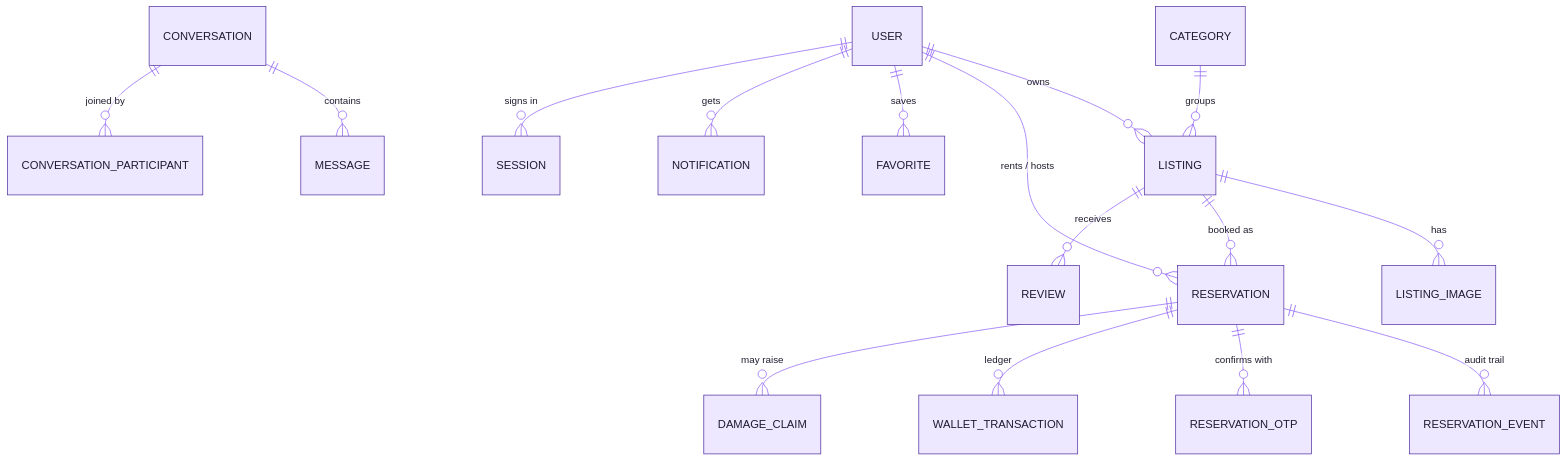
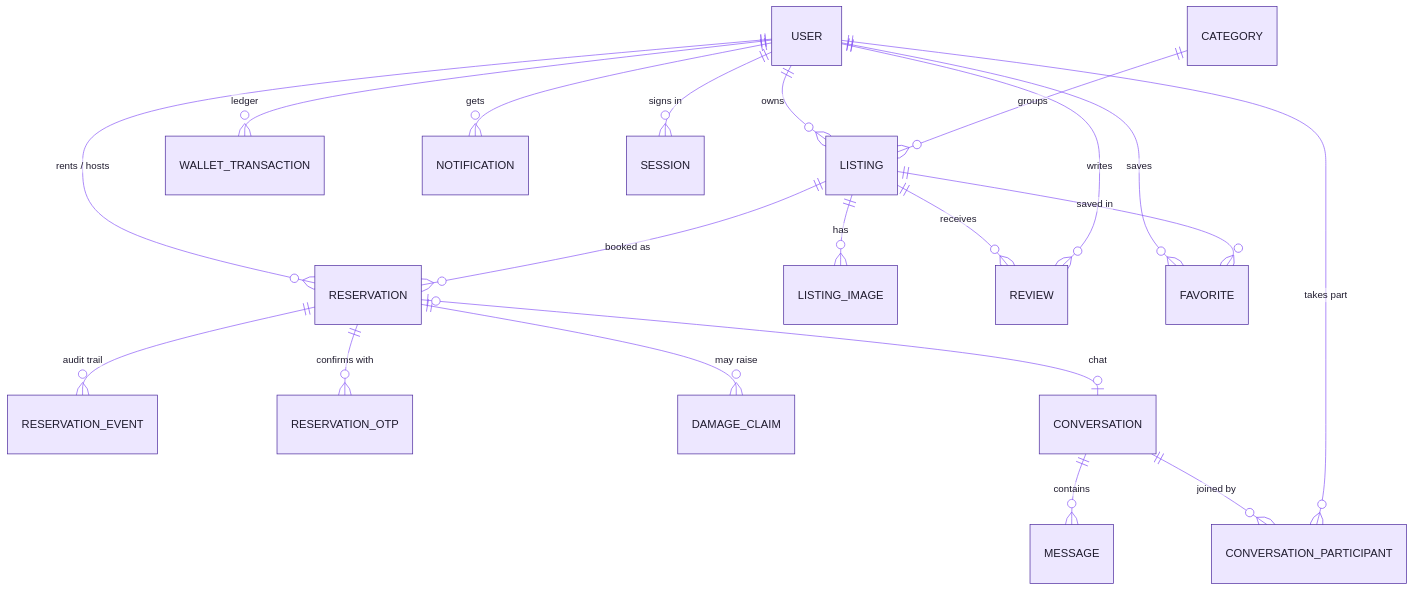
Before and after one commit to PariyaHeshmati-2005/Overa: the second of 2 diagrams in README.md, drawn with Mermaid. The commit also changed other lines of this file and 48 other files, not shown here.

````diff
--- a/README.md
+++ b/README.md
@@ -376,19 +369,23 @@
 ```mermaid
 %%{init: {'theme':'base','themeVariables':{'primaryColor':'#EDE7FF','primaryTextColor':'#1F1B2E','primaryBorderColor':'#4C2A9E','lineColor':'#8B5CF6'}}}%%
 erDiagram
     USER ||--o{ LISTING : "owns"
     USER ||--o{ RESERVATION : "rents / hosts"
     CATEGORY ||--o{ LISTING : "groups"
     LISTING ||--o{ LISTING_IMAGE : "has"
     LISTING ||--o{ RESERVATION : "booked as"
     LISTING ||--o{ REVIEW : "receives"
+    USER ||--o{ REVIEW : "writes"
     USER ||--o{ FAVORITE : "saves"
+    LISTING ||--o{ FAVORITE : "saved in"
     RESERVATION ||--o{ RESERVATION_EVENT : "audit trail"
     RESERVATION ||--o{ RESERVATION_OTP : "confirms with"
-    RESERVATION ||--o{ WALLET_TRANSACTION : "ledger"
     RESERVATION ||--o{ DAMAGE_CLAIM : "may raise"
+    RESERVATION |o--o| CONVERSATION : "chat"
     CONVERSATION ||--o{ MESSAGE : "contains"
     CONVERSATION ||--o{ CONVERSATION_PARTICIPANT : "joined by"
+    USER ||--o{ CONVERSATION_PARTICIPANT : "takes part"
+    USER ||--o{ WALLET_TRANSACTION : "ledger"
     USER ||--o{ NOTIFICATION : "gets"
     USER ||--o{ SESSION : "signs in"
 ```
````
